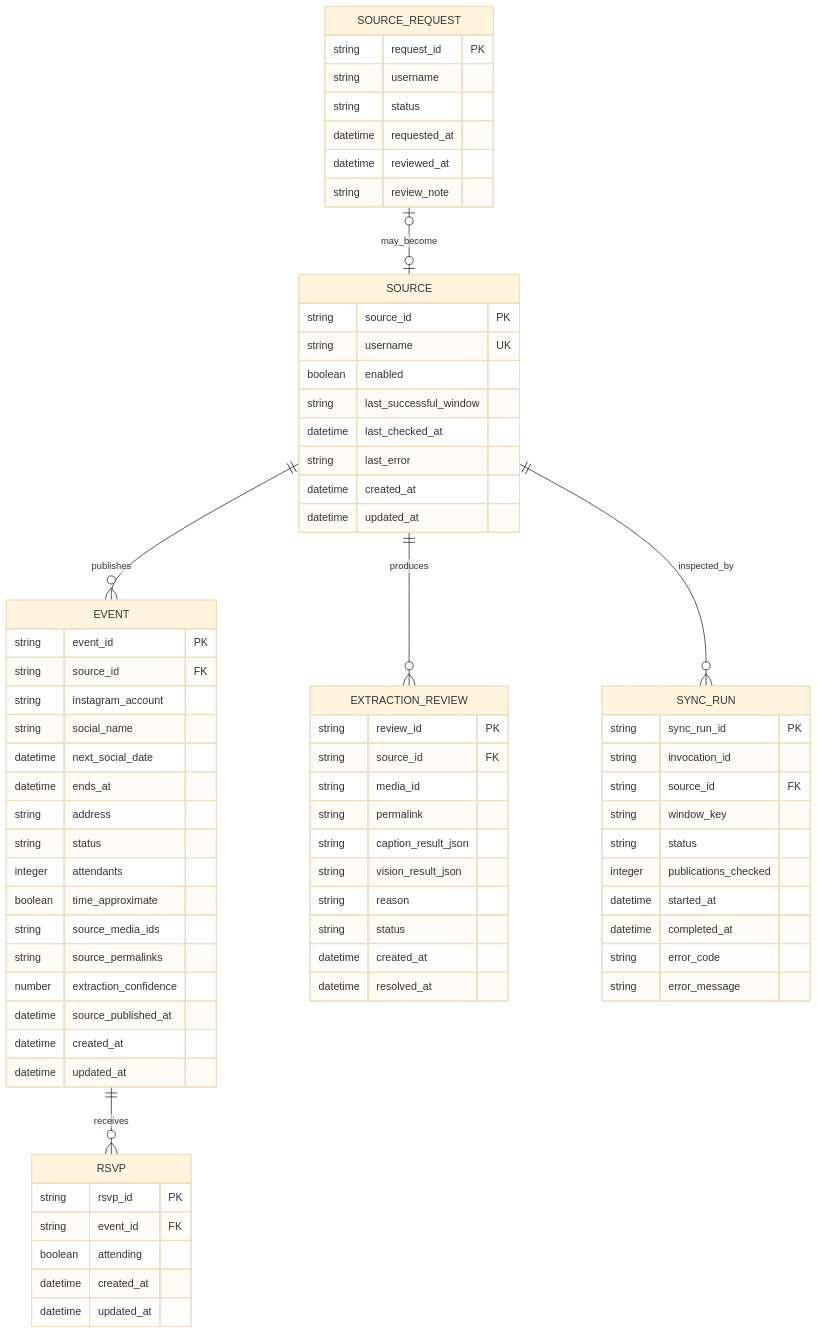
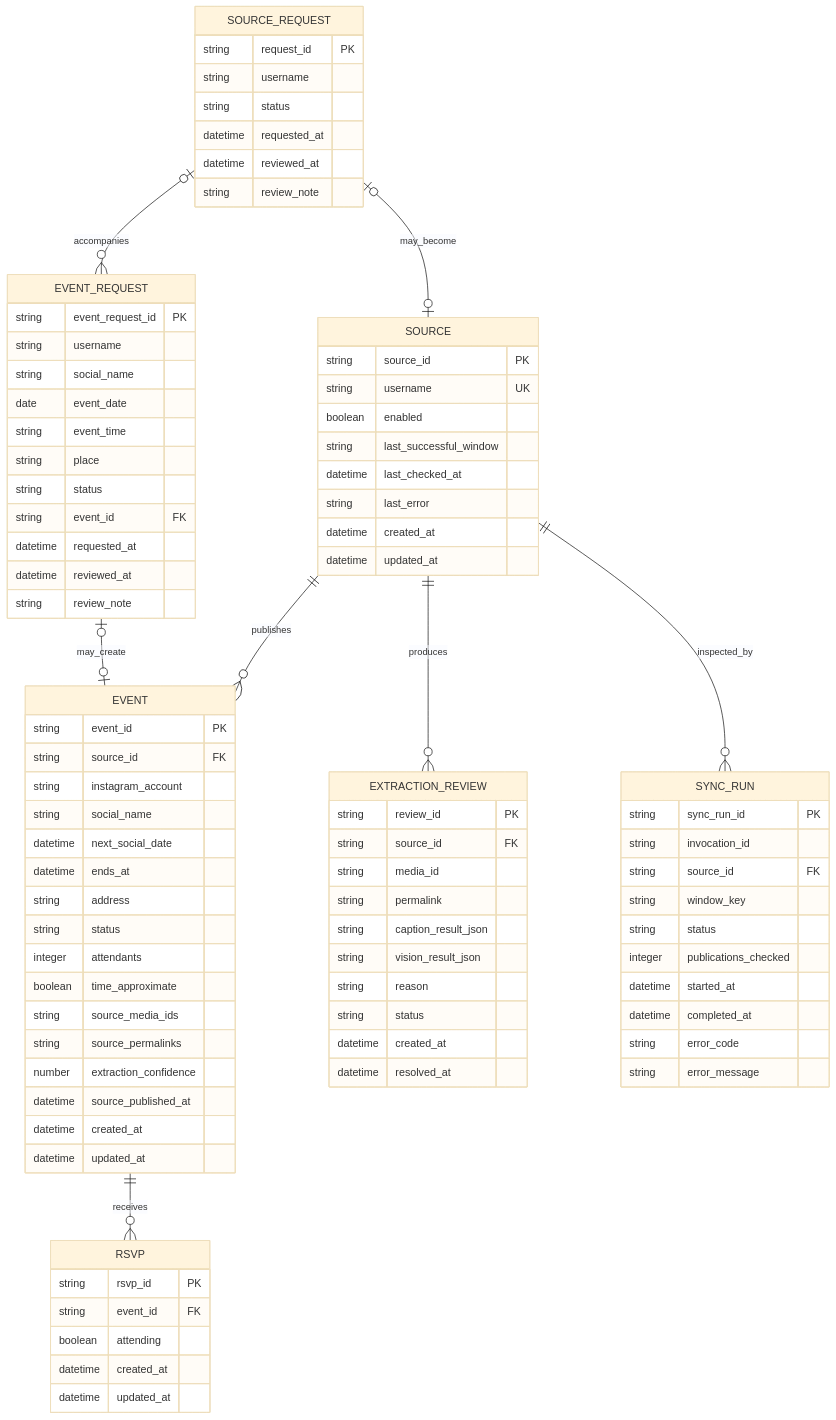
One commit to JuanJFarina/salseros changed the diagram in docs/05_ERD.md. Above: the diagram before and after it, drawn with Mermaid (base theme). The commit also changed other lines of this file and 28 other files, not shown here.

```diff
--- a/docs/05_ERD.md
+++ b/docs/05_ERD.md
@@ -9,6 +9,8 @@
     SOURCE ||--o{ SYNC_RUN : inspected_by
     EVENT ||--o{ RSVP : receives
     SOURCE_REQUEST o|--o| SOURCE : may_become
+    SOURCE_REQUEST o|--o{ EVENT_REQUEST : accompanies
+    EVENT_REQUEST o|--o| EVENT : may_create
 
     SOURCE {
         string source_id PK
@@ -57,6 +59,20 @@
         string review_note
     }
 
+    EVENT_REQUEST {
+        string event_request_id PK
+        string username
+        string social_name
+        date event_date
+        string event_time
+        string place
+        string status
+        string event_id FK
+        datetime requested_at
+        datetime reviewed_at
+        string review_note
+    }
+
     EXTRACTION_REVIEW {
         string review_id PK
         string source_id FK
```
